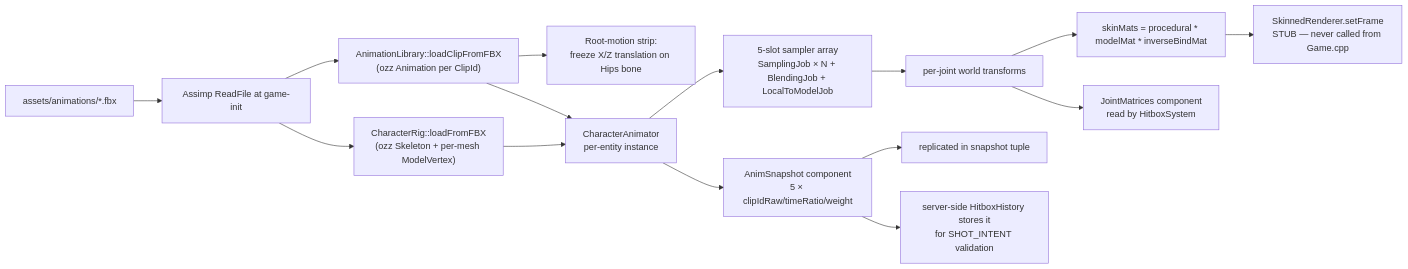
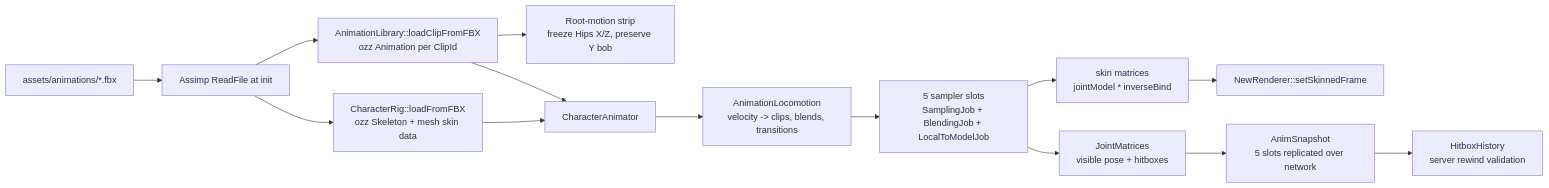
One commit to ucsd-cse125-sp26/group2 changed the diagram in docs/animations.md. Above: the diagram before and after it, drawn with Mermaid. The commit also changed other lines of this file and 18 other files, not shown here.

````diff
--- a/docs/animations.md
+++ b/docs/animations.md
@@ -13,17 +9,16 @@
 ```mermaid
 flowchart LR
-  FBX[assets/animations/*.fbx] --> Assimp[Assimp ReadFile at game-init]
-  Assimp --> Rig["CharacterRig::loadFromFBX<br/>(ozz Skeleton + per-mesh ModelVertex)"]
-  Assimp --> Lib["AnimationLibrary::loadClipFromFBX<br/>(ozz Animation per ClipId)"]
-  Lib --> RM[Root-motion strip:<br/>freeze X/Z translation on Hips bone]
-  Rig --> Anim[CharacterAnimator<br/>per-entity instance]
+  FBX["assets/animations/*.fbx"] --> Assimp["Assimp ReadFile at init"]
+  Assimp --> Rig["CharacterRig::loadFromFBX<br/>ozz Skeleton + mesh skin data"]
+  Assimp --> Lib["AnimationLibrary::loadClipFromFBX<br/>ozz Animation per ClipId"]
+  Lib --> RM["Root-motion strip<br/>freeze Hips X/Z, preserve Y bob"]
+  Rig --> Anim["CharacterAnimator"]
   Lib --> Anim
-  Anim --> SS[5-slot sampler array<br/>SamplingJob × N + BlendingJob + LocalToModelJob]
-  SS --> Bones[per-joint world transforms]
-  Bones --> Skin[skinMats = procedural * modelMat * inverseBindMat]
-  Bones --> JM[JointMatrices component<br/>read by HitboxSystem]
-  Skin --> SR[SkinnedRenderer.setFrame<br/>STUB — never called from Game.cpp]
-  Anim --> Snap[AnimSnapshot component<br/>5 × clipIdRaw/timeRatio/weight]
-  Snap --> Wire[replicated in snapshot tuple]
-  Snap --> Hist[server-side HitboxHistory stores it<br/>for SHOT_INTENT validation]
+  Anim --> Plan["AnimationLocomotion<br/>velocity -> clips, blends, transitions"]
+  Plan --> Slots["5 sampler slots<br/>SamplingJob + BlendingJob + LocalToModelJob"]
+  Slots --> Bones["JointMatrices<br/>visible pose + hitboxes"]
+  Slots --> Skin["skin matrices<br/>jointModel * inverseBind"]
+  Skin --> Render["NewRenderer::setSkinnedFrame"]
+  Bones --> Snap["AnimSnapshot<br/>5 slots replicated over network"]
+  Snap --> Hist["HitboxHistory<br/>server rewind validation"]
 ```
````
